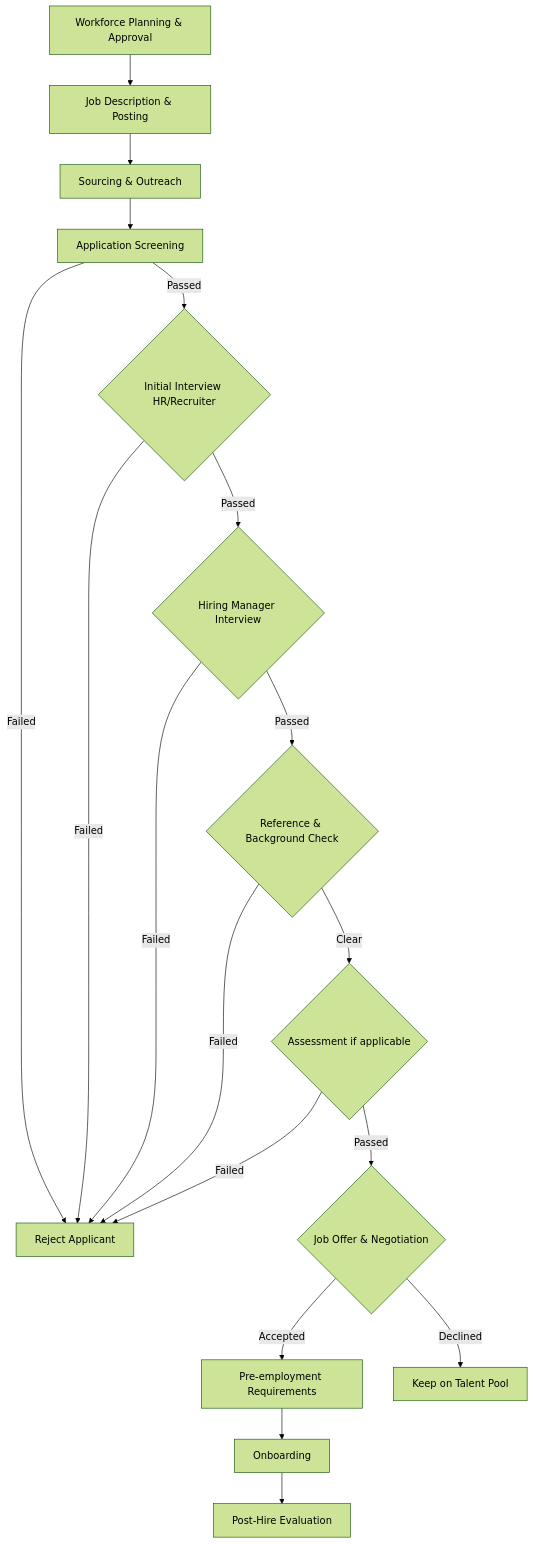
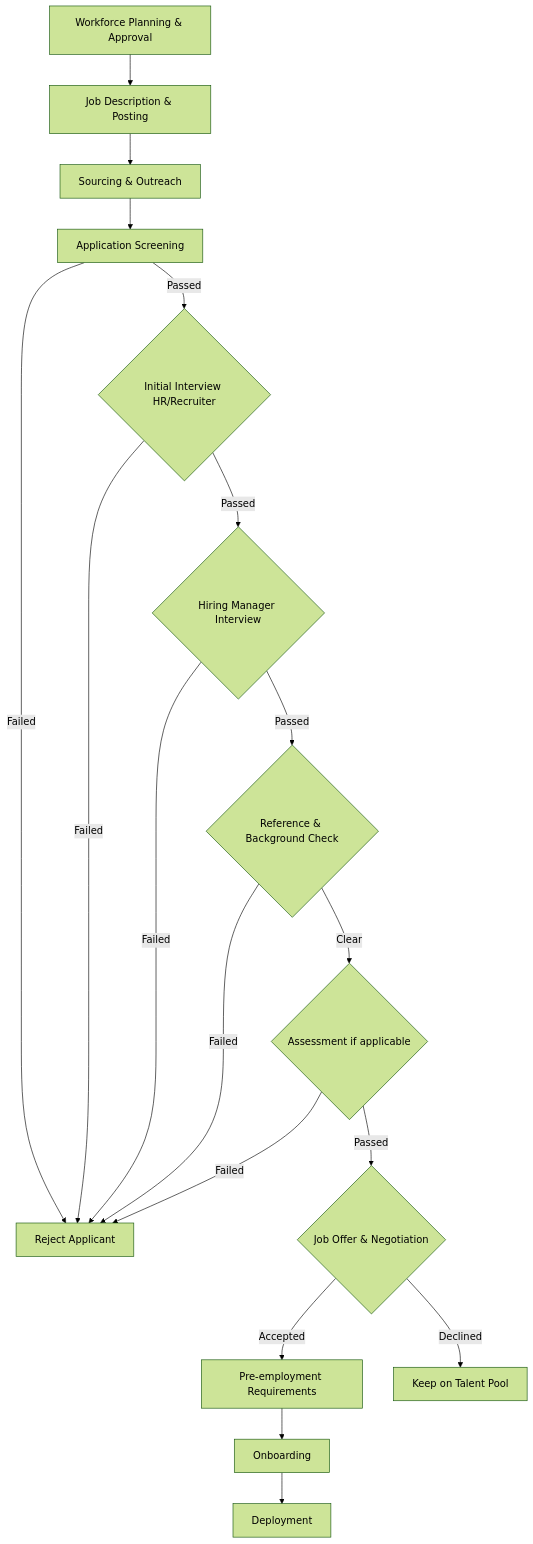
One commit to cholo0105/it_trainings changed the diagram in Flowcharts/Recruitmentflowchart.mmd. Above: the diagram before and after it, drawn with Mermaid (forest theme).

```diff
--- a/Flowcharts/Recruitmentflowchart.mmd
+++ b/Flowcharts/Recruitmentflowchart.mmd
@@ -1,18 +1,18 @@
 flowchart TD
     A[Workforce Planning & Approval] --> B[Job Description & Posting]
     B --> C[Sourcing & Outreach]
     C --> D[Application Screening]
     D -->|Passed| E{Initial Interview HR/Recruiter}
     D -->|Failed| Z1[Reject Applicant]
     E -->|Passed| F{Hiring Manager Interview}
     E -->|Failed| Z1
     F -->|Passed| G{Reference & Background Check}
     F -->|Failed| Z1
     G -->|Clear| H{Assessment if applicable}
     G -->|Failed| Z1
     H -->|Passed| I{Job Offer & Negotiation}
     H -->|Failed| Z1
     I -->|Accepted| J[Pre-employment Requirements]
     I -->|Declined| Z2[Keep on Talent Pool]
     J --> K[Onboarding]
-    K --> L[Post-Hire Evaluation]
+    K --> L[Deployment]
```
